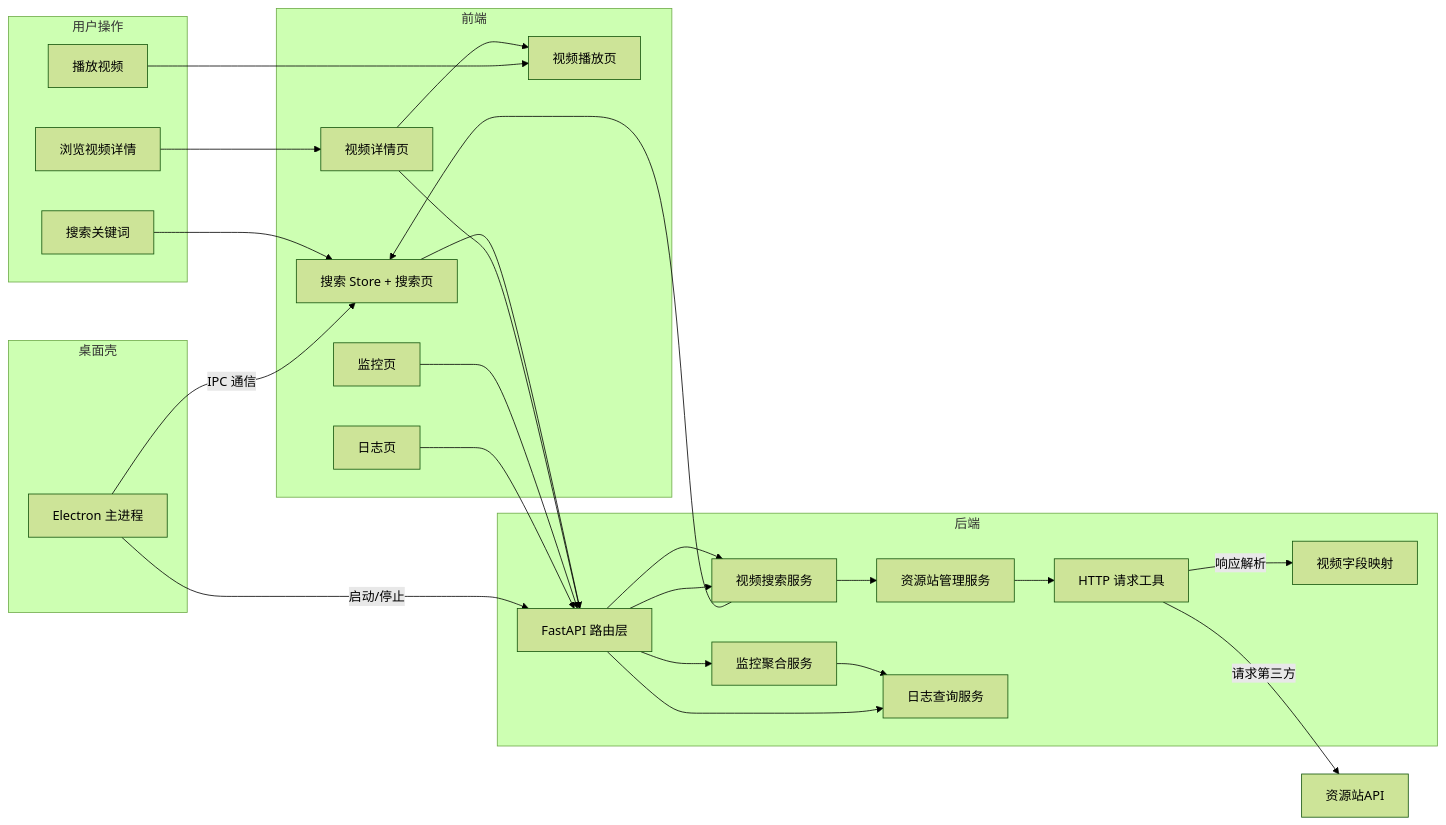
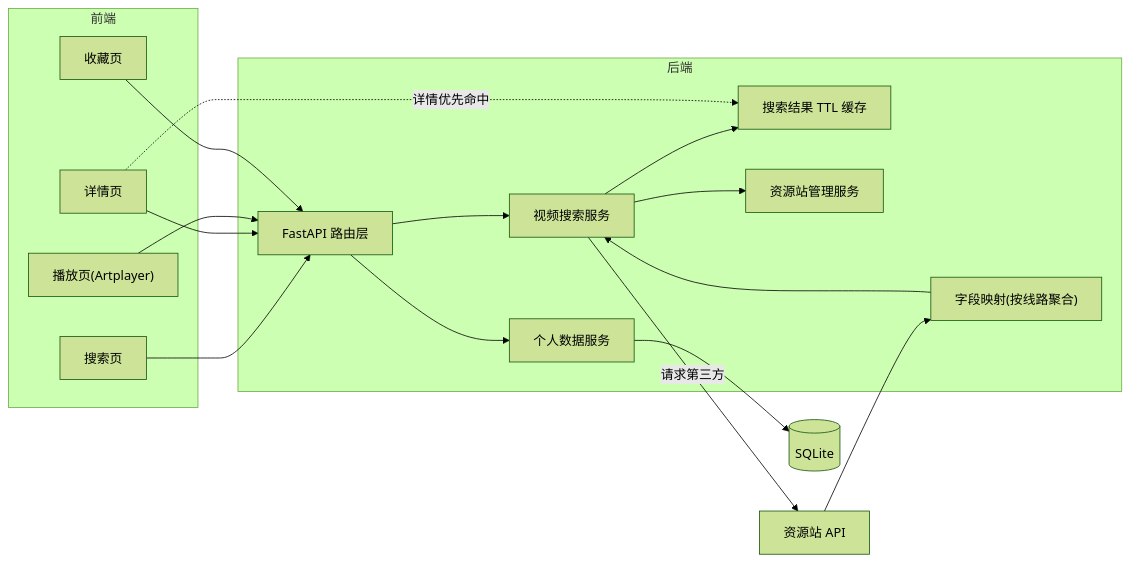
The first of 4 diagrams in doc/模块说明文档.md (ddll8023/LocalVideoSearch), drawn with Mermaid (forest theme) before and after one commit. The commit also changed other lines of this file and 64 other files, not shown here.

````diff
--- a/doc/模块说明文档.md
+++ b/doc/模块说明文档.md
@@ -206,46 +234,27 @@
 ```mermaid
 flowchart LR
-    subgraph 用户操作
-        A2[搜索关键词]
-        A3[浏览视频详情]
-        A4[播放视频]
-    end
-
-    subgraph 桌面壳
-        EL[Electron 主进程]
+    subgraph 前端
+        FE_Search["搜索页"]
+        FE_Detail["详情页"]
+        FE_Player["播放页(Artplayer)"]
+        FE_Fav["收藏页"]
     end
 
     subgraph 后端
         API["FastAPI 路由层"]
         VSearch["视频搜索服务"]
+        Cache["搜索结果 TTL 缓存"]
         RS["资源站管理服务"]
-        Monitor["监控聚合服务"]
-        Log["日志查询服务"]
-        Mapper["视频字段映射"]
-        HTTP["HTTP 请求工具"]
+        Personal["个人数据服务"]
+        Mapper["字段映射(按线路聚合)"]
     end
 
-    subgraph 前端
-        FE_Search["搜索 Store + 搜索页"]
-        FE_Detail["视频详情页"]
-        FE_Player["视频播放页"]
-        FE_Monitor["监控页"]
-        FE_Log["日志页"]
-    end
-
-    A2 --> FE_Search
-    FE_Search --> API --> VSearch
-    VSearch --> RS --> HTTP -->|请求第三方| SiteAPI[资源站API]
-    HTTP -->|响应解析| Mapper
-    VSearch --> FE_Search
-
-    A3 --> FE_Detail --> API --> VSearch
-    FE_Detail --> FE_Player
-    A4 --> FE_Player
-
-    FE_Monitor --> API --> Monitor --> Log
-    FE_Log --> API --> Log
-
-    EL -->|启动/停止| API
-    EL -->|IPC 通信| FE_Search
+    FE_Search --> API --> VSearch --> RS
+    VSearch --> Cache
+    VSearch -->|请求第三方| SiteAPI["资源站 API"]
+    SiteAPI --> Mapper --> VSearch
+    FE_Detail --> API
+    FE_Detail -.详情优先命中.-> Cache
+    FE_Player --> API --> Personal --> DB[("SQLite")]
+    FE_Fav --> API
 ```
````
